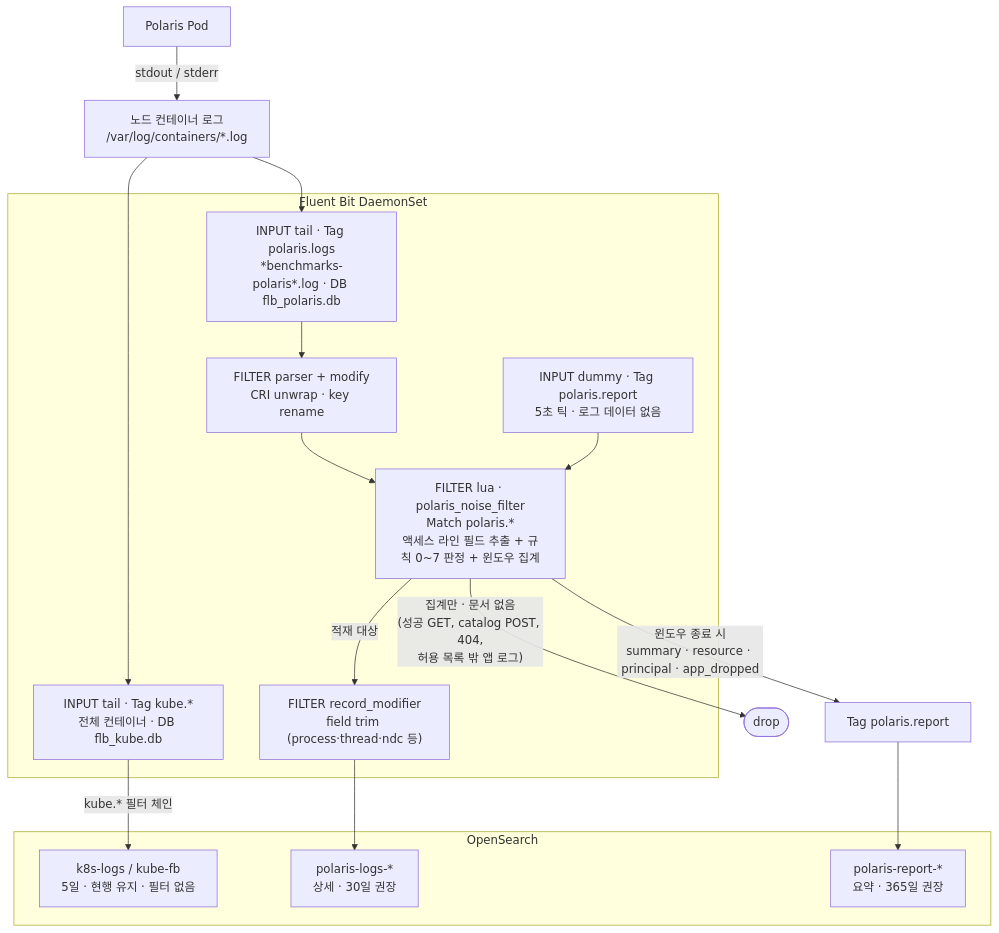
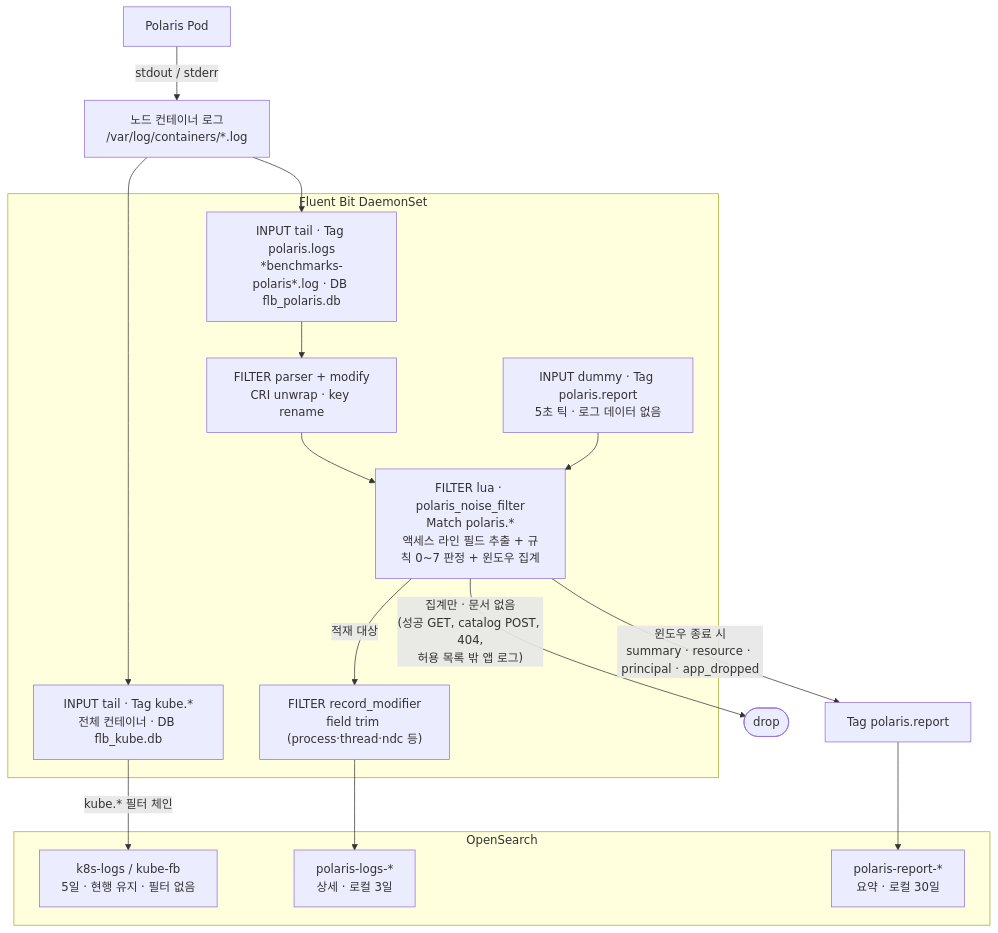
The diagram in logging/PROPOSAL-polaris-audit-log-retention.ko.md (enjay27/lakehouse-k8s), drawn with Mermaid before and after one commit. The commit also changed other lines of this file and 11 other files, not shown here.

````diff
--- a/logging/PROPOSAL-polaris-audit-log-retention.ko.md
+++ b/logging/PROPOSAL-polaris-audit-log-retention.ko.md
@@ -86,34 +86,34 @@
 ```mermaid
 flowchart TB
   POL["Polaris Pod"]
   CL["노드 컨테이너 로그<br/>/var/log/containers/*.log"]
   POL -->|"stdout / stderr"| CL
 
   subgraph FB["Fluent Bit DaemonSet"]
     I1["INPUT tail · Tag kube.*<br/>전체 컨테이너 · DB flb_kube.db"]
     I2["INPUT tail · Tag polaris.logs<br/>*benchmarks-polaris*.log · DB flb_polaris.db"]
     I3["INPUT dummy · Tag polaris.report<br/>5초 틱 · 로그 데이터 없음"]
     F1["FILTER parser + modify<br/>CRI unwrap · key rename"]
     F3["FILTER lua · polaris_noise_filter<br/>Match polaris.*<br/>액세스 라인 필드 추출 + 규칙 0~7 판정 + 윈도우 집계"]
     F4["FILTER record_modifier<br/>field trim (process·thread·ndc 등)"]
   end
 
   CL --> I1
   CL --> I2
   I2 --> F1 --> F3
   I3 --> F3
 
   F3 -->|"적재 대상"| F4
   F3 -->|"집계만 · 문서 없음<br/>(성공 GET, catalog POST, 404,<br/>허용 목록 밖 앱 로그)"| DROP(["drop"])
   F3 -->|"윈도우 종료 시<br/>summary · resource · principal · app_dropped"| RPT["Tag polaris.report"]
 
   subgraph OS["OpenSearch"]
     IDX1["k8s-logs / kube-fb<br/>5일 · 현행 유지 · 필터 없음"]
-    IDX2["polaris-logs-*<br/>상세 · 30일 권장"]
-    IDX3["polaris-report-*<br/>요약 · 365일 권장"]
+    IDX2["polaris-logs-*<br/>상세 · 로컬 3일"]
+    IDX3["polaris-report-*<br/>요약 · 로컬 30일"]
   end
 
   I1 -->|"kube.* 필터 체인"| IDX1
   F4 --> IDX2
   RPT --> IDX3
 ```
````
